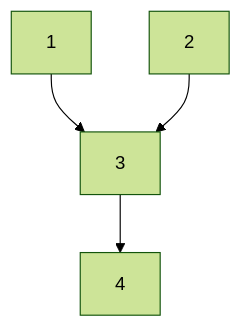
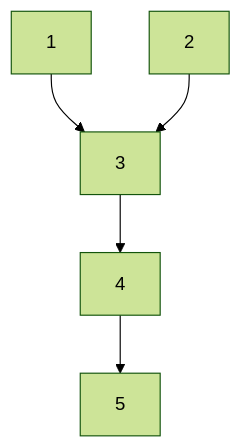
Before and after one commit to AndresCACore/Final-Project-BDML: the diagram in README.md, drawn with Mermaid (forest theme). The commit also changed other lines of this file, not shown here.

````diff
--- a/README.md
+++ b/README.md
@@ -36,6 +36,7 @@
 ```mermaid
 graph TD;
     1-->3;
     2-->3;
     3-->4;
+    4-->5;
 ```
````
